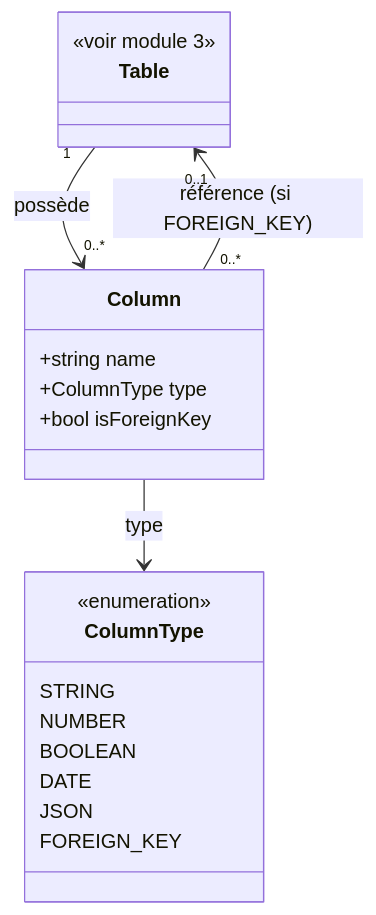
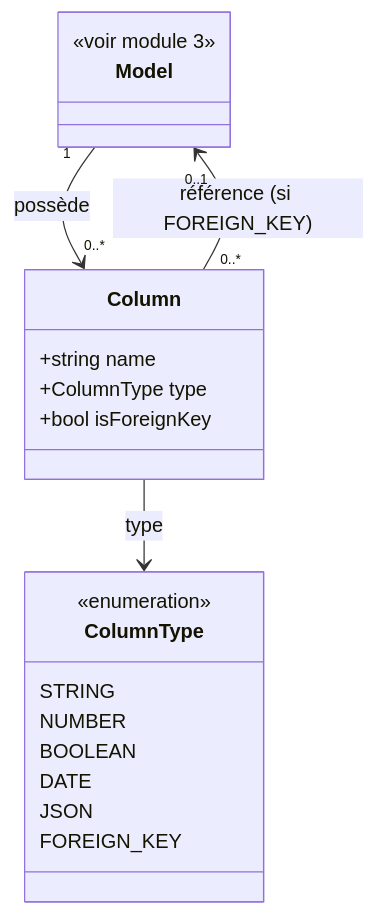
Before and after one commit to quatrebarbes/modelbase: the first of 2 diagrams in docs/sfd/4. Items.md, drawn with Mermaid. The commit also changed other lines of this file and 5 other files, not shown here.

Commit message:
Fonctionnel : ajustement SFD & roadmap

````diff
--- a/docs/sfd/4. Items.md
+++ b/docs/sfd/4. Items.md
@@ -11,26 +11,26 @@
 ```mermaid
 classDiagram
-    class Table {
+    class Model {
         <<voir module 3>>
     }
 
     class Column {
         +string name
         +ColumnType type
         +bool isForeignKey
     }
 
     class ColumnType {
         <<enumeration>>
         STRING
         NUMBER
         BOOLEAN
         DATE
         JSON
         FOREIGN_KEY
     }
 
-    Table "1" --> "0..*" Column : possède
+    Model "1" --> "0..*" Column : possède
     Column --> ColumnType : type
-    Column "0..*" --> "0..1" Table : référence (si FOREIGN_KEY)
+    Column "0..*" --> "0..1" Model : référence (si FOREIGN_KEY)
 ```
````
